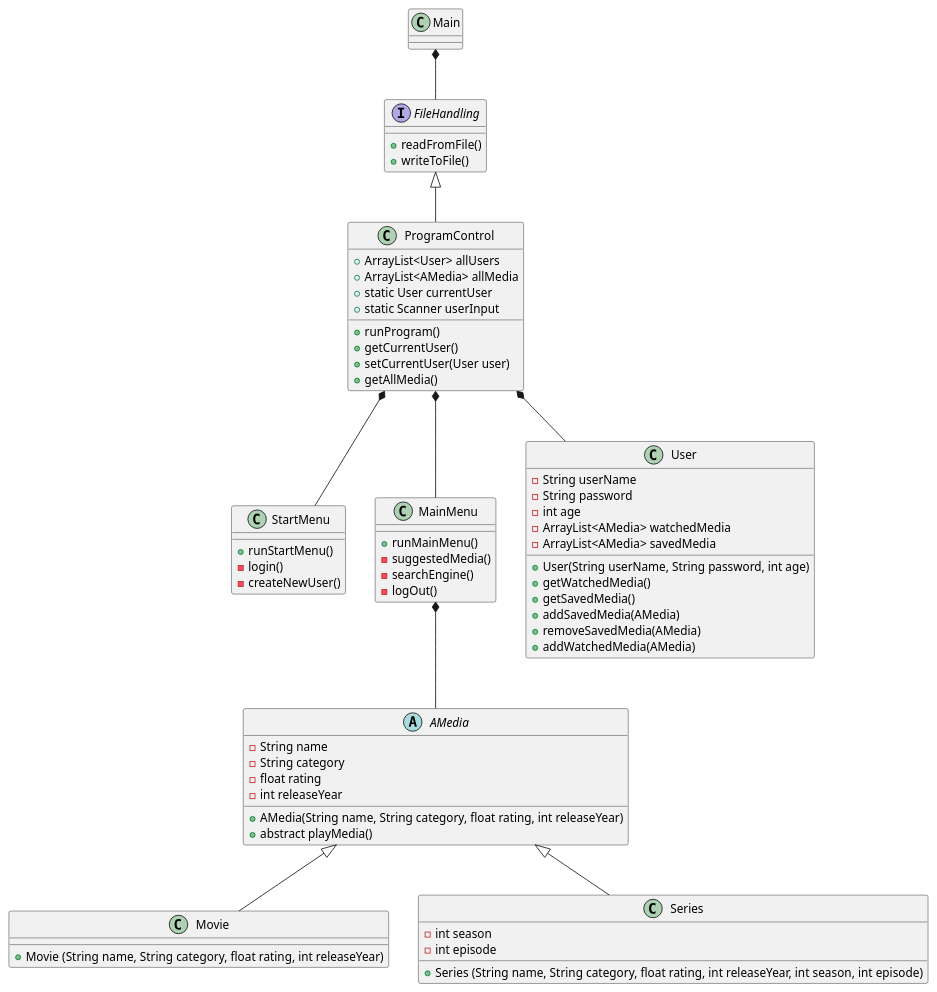
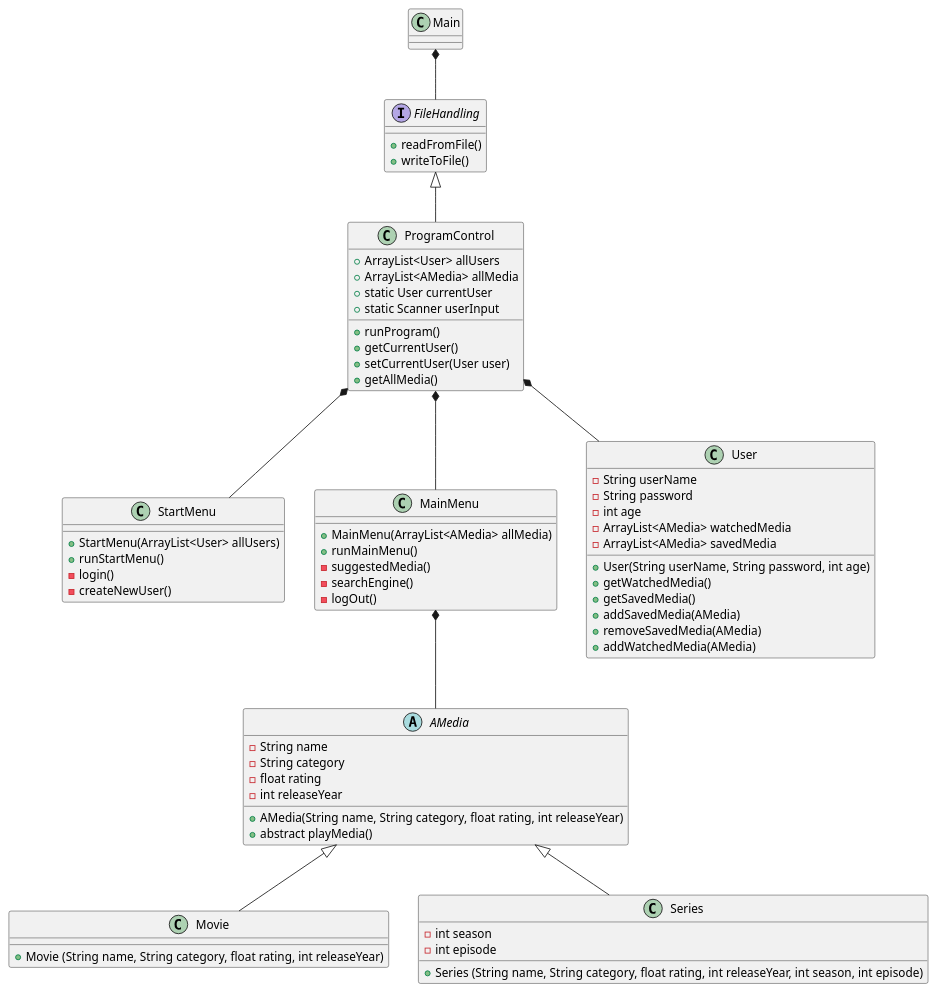
Before and after one commit to MrJustMeDahl/SP3---Streamingtjeneste: the diagram in Design/Streamingservice design.puml, drawn with PlantUML.

Commit message:
Update Streamingservice design.puml
Added constructors for StartMenu and MainMenu i class diagram

```diff
--- a/Design/Streamingservice design.puml
+++ b/Design/Streamingservice design.puml
@@ -1,75 +1,77 @@
 @startuml
 class Main
 Main *-- FileHandling
 FileHandling <|-- ProgramControl
 ProgramControl *-- StartMenu
 ProgramControl *-- MainMenu
 ProgramControl *-- User
 
 MainMenu *-- AMedia
 AMedia <|-- Movie
 AMedia <|-- Series
 
 class ProgramControl{
 + ArrayList<User> allUsers
 + ArrayList<AMedia> allMedia
 + static User currentUser
 + static Scanner userInput
 + runProgram()
 + getCurrentUser()
 + setCurrentUser(User user)
 + getAllMedia()
 }
 
 class StartMenu{
++ StartMenu(ArrayList<User> allUsers)
 + runStartMenu()
 - login()
 - createNewUser()
 }
 
 class MainMenu{
++ MainMenu(ArrayList<AMedia> allMedia)
 + runMainMenu()
 - suggestedMedia()
 - searchEngine()
 - logOut()
 }
 
 abstract class AMedia{
 - String name
 - String category
 - float rating
 - int releaseYear
 + AMedia(String name, String category, float rating, int releaseYear)
 + abstract playMedia()
 }
 
 class Movie{
 + Movie (String name, String category, float rating, int releaseYear)
 }
 
 class Series{
 - int season
 - int episode
 + Series (String name, String category, float rating, int releaseYear, int season, int episode)
 }
 
 class User{
 - String userName
 - String password
 - int age
 - ArrayList<AMedia> watchedMedia
 - ArrayList<AMedia> savedMedia
 + User(String userName, String password, int age)
 + getWatchedMedia()
 + getSavedMedia()
 + addSavedMedia(AMedia)
 + removeSavedMedia(AMedia)
 + addWatchedMedia(AMedia)
 }
 
 interface FileHandling{
 + readFromFile()
 + writeToFile()
 }
 
 @enduml
```
